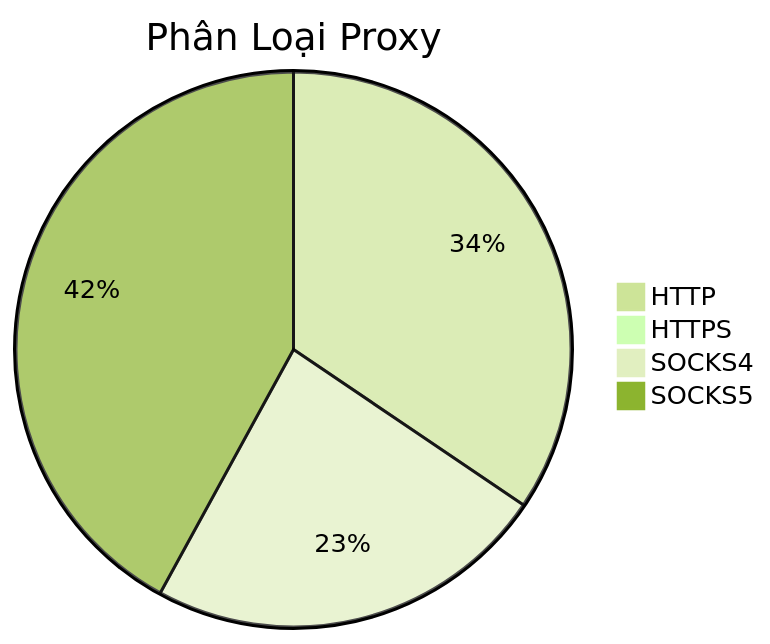
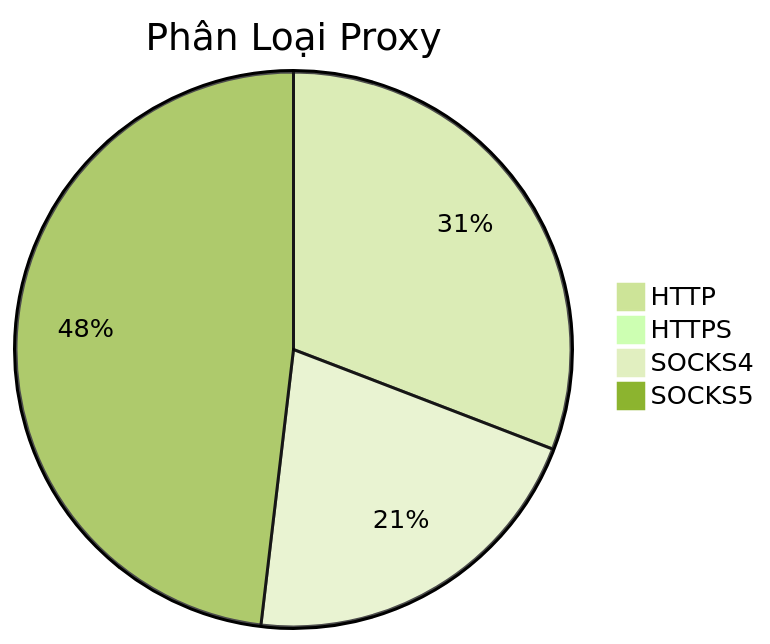
Before and after one commit to Ciara-12/PROXY-free: the diagram in README.md, drawn with Mermaid (forest theme). The commit also changed other lines of this file and 4 other files, not shown here.

````diff
--- a/README.md
+++ b/README.md
@@ -26,7 +26,7 @@
 ```mermaid
 pie title Phân Loại Proxy
-    "HTTP" : 428
-    "HTTPS" : 4
-    "SOCKS4" : 292
-    "SOCKS5" : 522
+    "HTTP" : 387
+    "HTTPS" : 1
+    "SOCKS4" : 264
+    "SOCKS5" : 604
 ```
````
